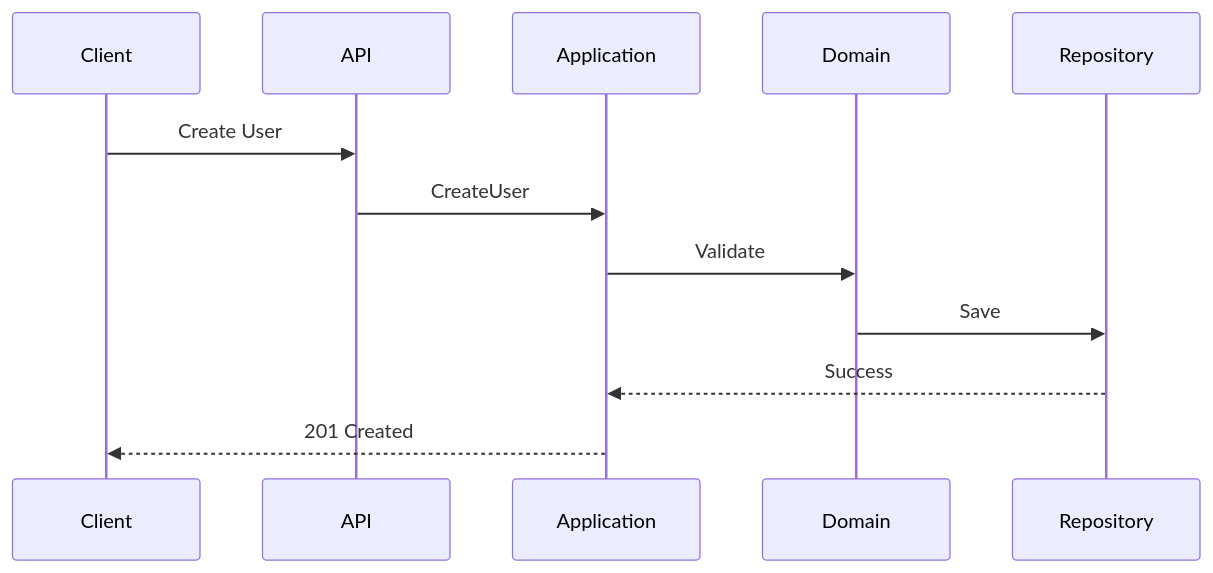
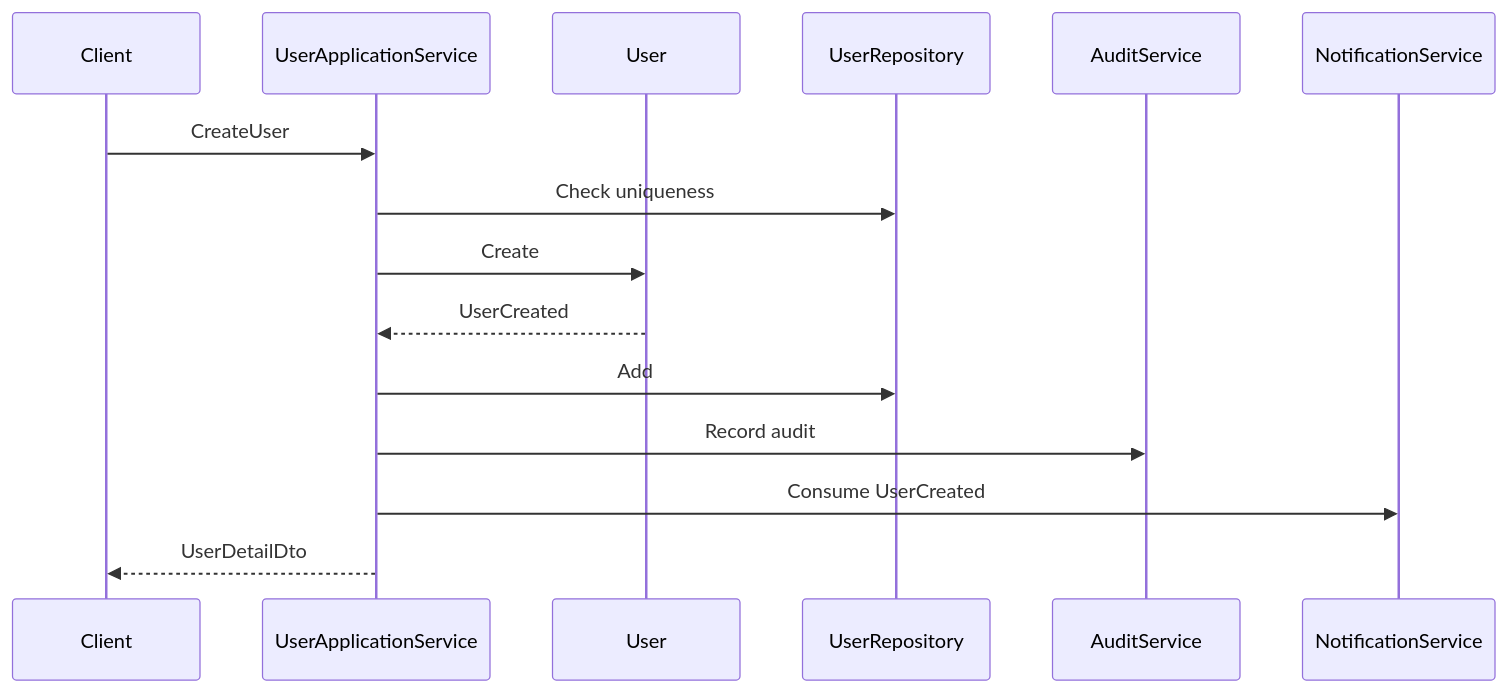
The second of 4 diagrams in docs/knowledge/entity/User.md (archer0615/AtlasEnterprise), drawn with Mermaid before and after one commit. The commit also changed other lines of this file and 19 other files, not shown here.

````diff
--- a/docs/knowledge/entity/User.md
+++ b/docs/knowledge/entity/User.md
@@ -579,9 +988,17 @@
 ```mermaid
 sequenceDiagram
-Client->>API: Create User
-API->>Application: CreateUser
-Application->>Domain: Validate
-Domain->>Repository: Save
-Repository-->>Application: Success
-Application-->>Client: 201 Created
+    participant Client
+    participant UserApplicationService
+    participant User
+    participant UserRepository
+    participant AuditService
+    participant NotificationService
+    Client->>UserApplicationService: CreateUser
+    UserApplicationService->>UserRepository: Check uniqueness
+    UserApplicationService->>User: Create
+    User-->>UserApplicationService: UserCreated
+    UserApplicationService->>UserRepository: Add
+    UserApplicationService->>AuditService: Record audit
+    UserApplicationService->>NotificationService: Consume UserCreated
+    UserApplicationService-->>Client: UserDetailDto
 ```
````
